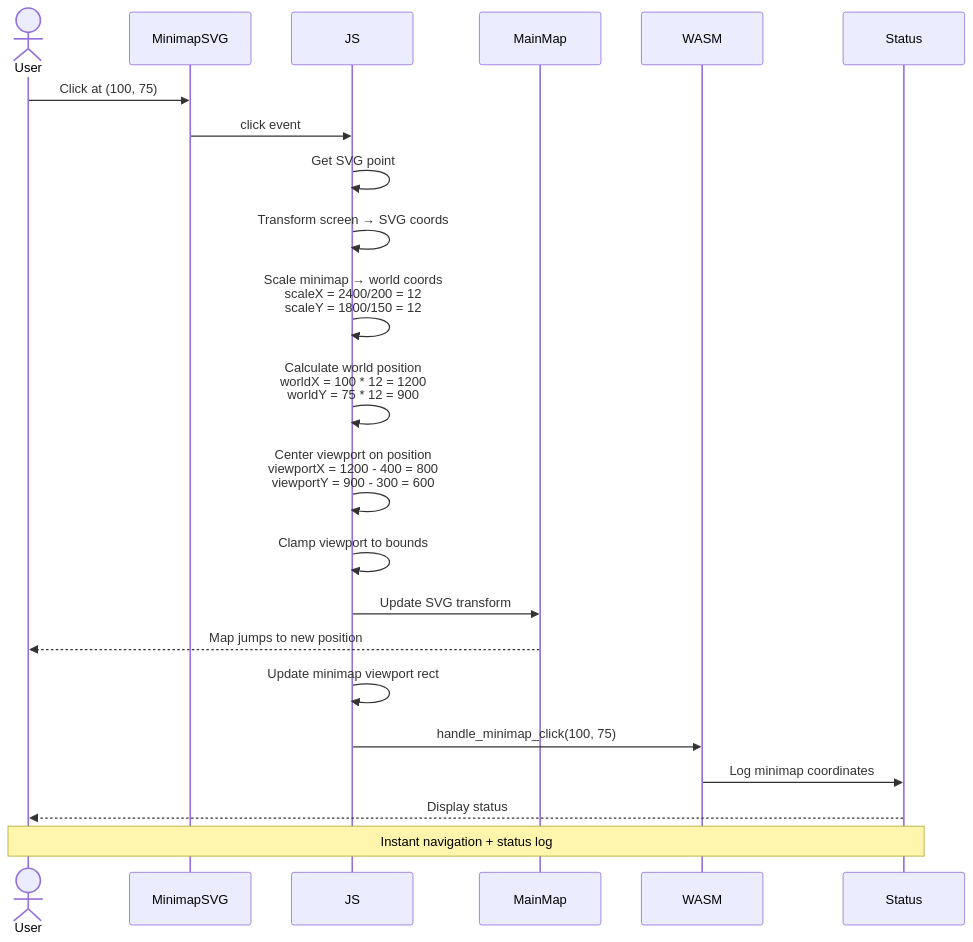
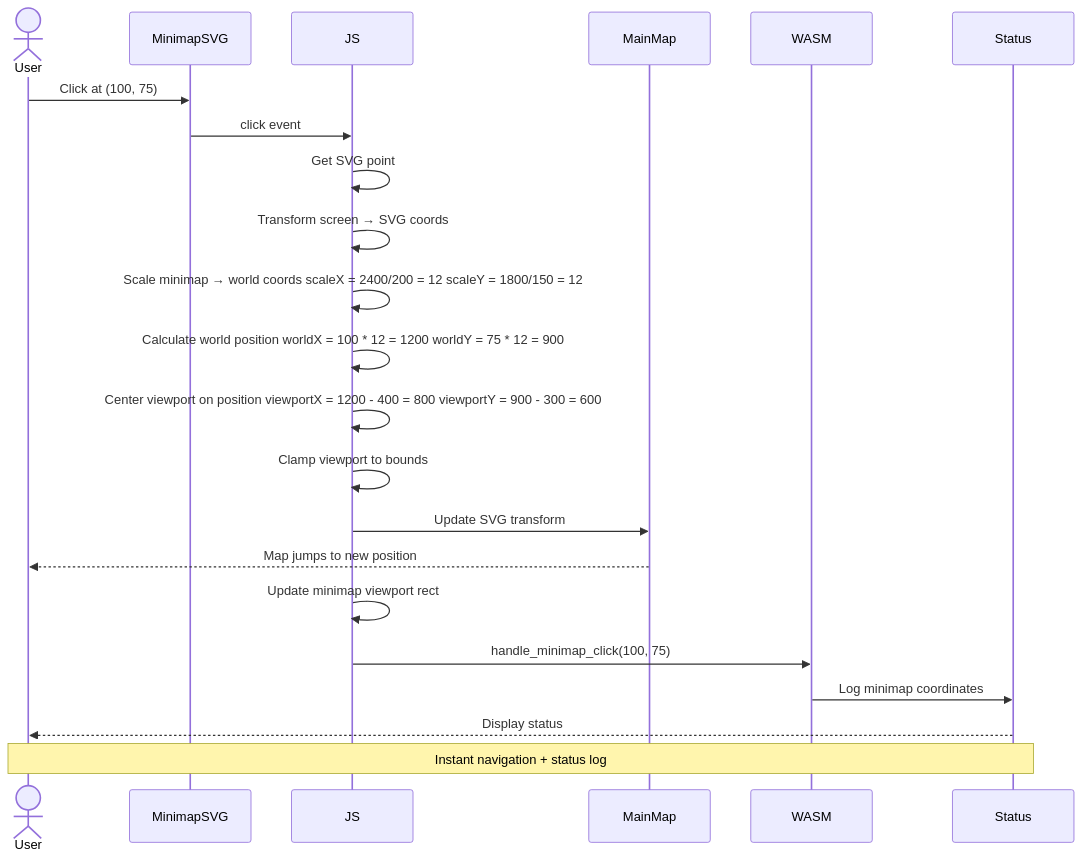
Before and after one commit to softwarewrighter/rts_mock: the eighth of 13 diagrams in wiki/Interaction-Flows.md, drawn with Mermaid. The commit also changed other lines of this file and 5 other files, not shown here.

First line of the commit message:
Fix wiki Mermaid diagrams: remove <br/> tags

````diff
--- a/wiki/Interaction-Flows.md
+++ b/wiki/Interaction-Flows.md
@@ -235,26 +235,26 @@
 ```mermaid
 sequenceDiagram
     actor User
     participant MinimapSVG
     participant JS
     participant MainMap
     participant WASM
     participant Status
 
     User->>MinimapSVG: Click at (100, 75)
     MinimapSVG->>JS: click event
     JS->>JS: Get SVG point
     JS->>JS: Transform screen → SVG coords
-    JS->>JS: Scale minimap → world coords<br/>scaleX = 2400/200 = 12<br/>scaleY = 1800/150 = 12
-    JS->>JS: Calculate world position<br/>worldX = 100 * 12 = 1200<br/>worldY = 75 * 12 = 900
-    JS->>JS: Center viewport on position<br/>viewportX = 1200 - 400 = 800<br/>viewportY = 900 - 300 = 600
+    JS->>JS: Scale minimap → world coords scaleX = 2400/200 = 12 scaleY = 1800/150 = 12
+    JS->>JS: Calculate world position worldX = 100 * 12 = 1200 worldY = 75 * 12 = 900
+    JS->>JS: Center viewport on position viewportX = 1200 - 400 = 800 viewportY = 900 - 300 = 600
     JS->>JS: Clamp viewport to bounds
     JS->>MainMap: Update SVG transform
     MainMap-->>User: Map jumps to new position
     JS->>JS: Update minimap viewport rect
     JS->>WASM: handle_minimap_click(100, 75)
     WASM->>Status: Log minimap coordinates
     Status-->>User: Display status
 
     Note over User,Status: Instant navigation + status log
 ```
````
